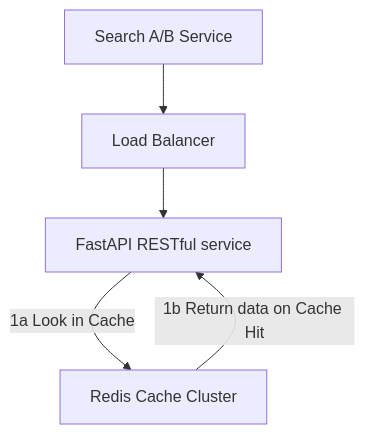
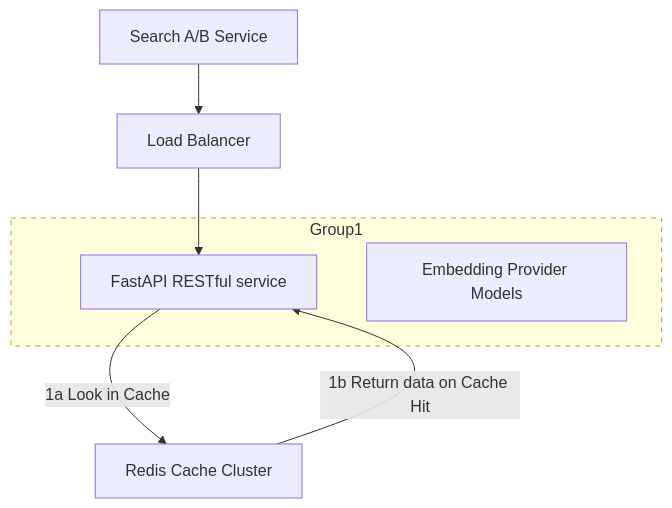
The diagram in osprey_search_ARCHITECTURE.md (caiferris/qtact), drawn with Mermaid before and after one commit.

Commit message:
Updated osprey doc

````diff
--- a/osprey_search_ARCHITECTURE.md
+++ b/osprey_search_ARCHITECTURE.md
@@ -45,10 +45,16 @@
 ```mermaid
 graph 
   query["Search A/B Service"]
   load_balancer["Load Balancer"]
   api_server["FastAPI RESTful service"]
+  embedding_model["Embedding Provider Models"]
   redis["Redis Cache Cluster"]
   query --> load_balancer --> api_server
   api_server -- 1a Look in Cache --> redis
   redis -- 1b Return data on Cache Hit --> api_server
+subgraph Group1
+  style Group1 stroke-dasharray: 5, 5
+  api_server
+  embedding_model
+end
 ```
````
